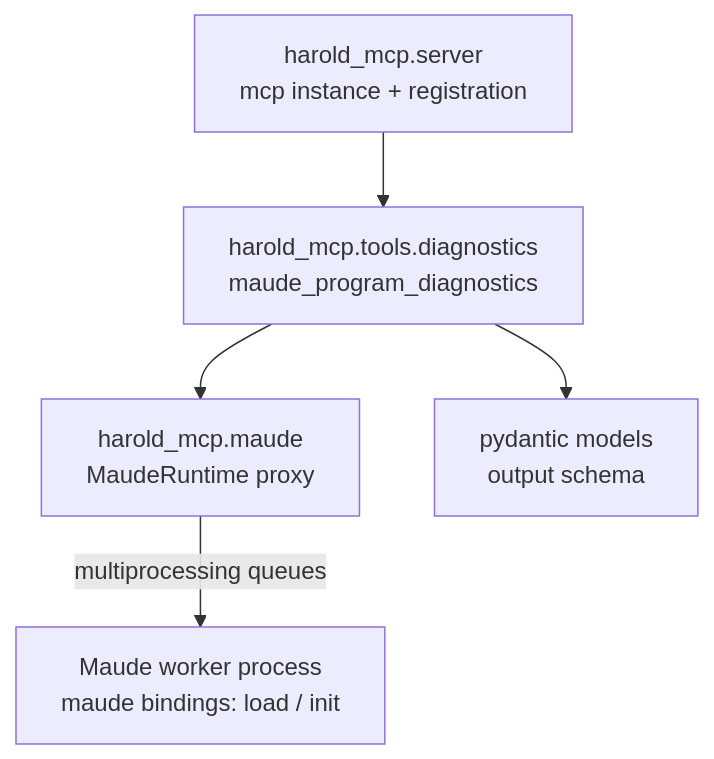
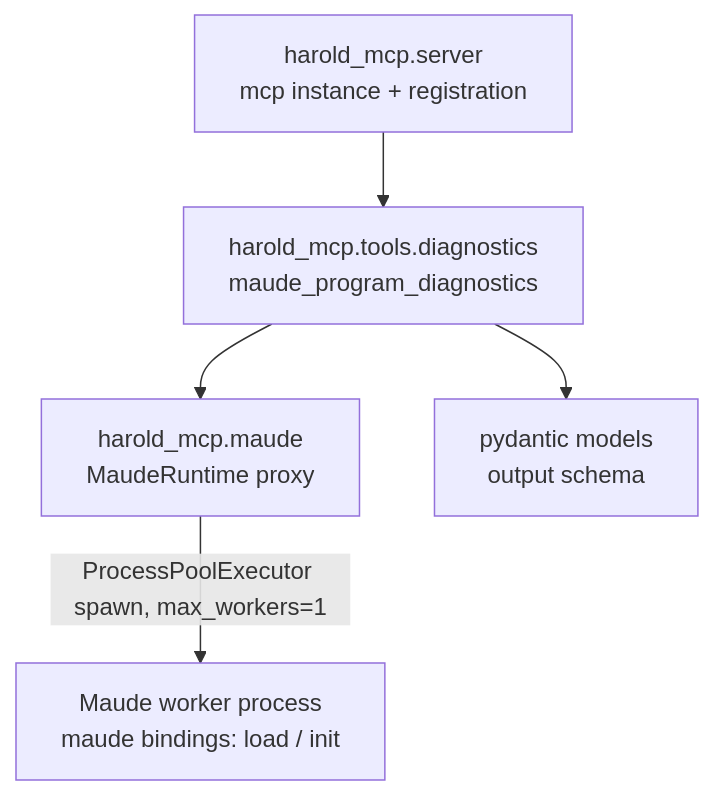
The diagram in harold-mcp/.agents/planning/maude-diagnostics-tool-v1/research/existing-code.md (demiourgoi/Harold), drawn with Mermaid before and after one commit. The commit also changed other lines of this file and 4 other files, not shown here.

Commit message:
add idea of simplifyign with ProcessPoolExecutor

````diff
--- a/harold-mcp/.agents/planning/maude-diagnostics-tool-v1/research/existing-code.md
+++ b/harold-mcp/.agents/planning/maude-diagnostics-tool-v1/research/existing-code.md
@@ -101,7 +102,7 @@
 ```mermaid
 graph TD
     M[harold_mcp.server<br>mcp instance + registration] --> T[harold_mcp.tools.diagnostics<br>maude_program_diagnostics]
     T --> R[harold_mcp.maude<br>MaudeRuntime proxy]
-    R -->|multiprocessing queues| W[Maude worker process<br>maude bindings: load / init]
+    R -->|ProcessPoolExecutor spawn, max_workers=1| W[Maude worker process<br>maude bindings: load / init]
     T --> P[pydantic models<br>output schema]
 ```
````
